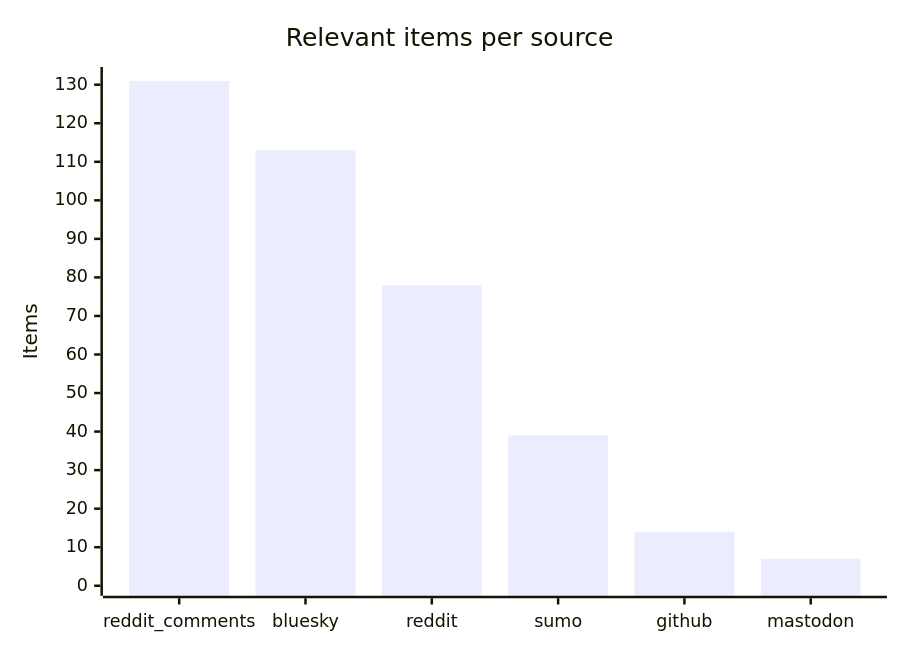
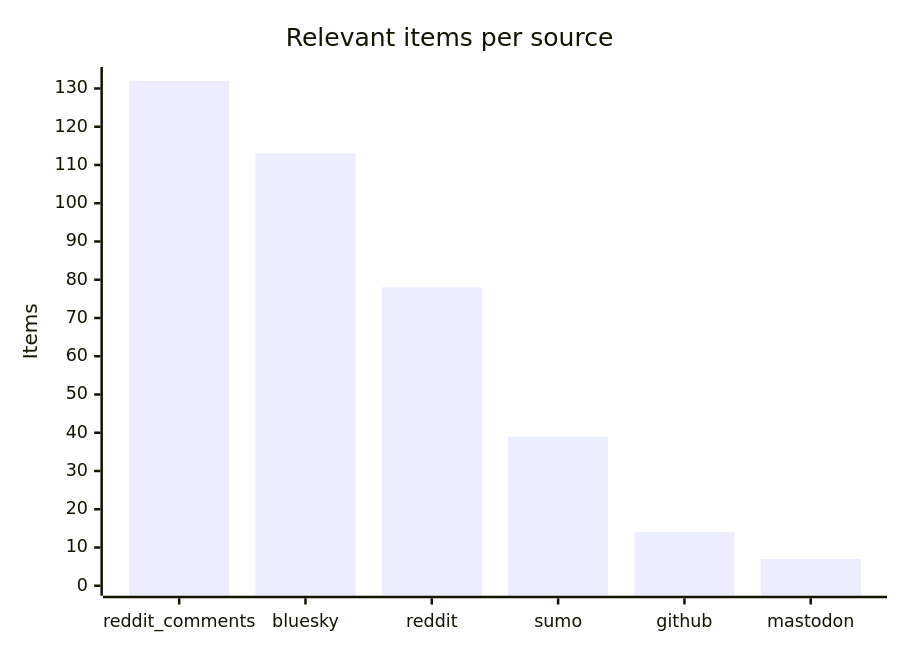
One commit to martinbalfanz/social-scanner-reports changed the third of 4 diagrams in README.md. Above: the diagram before and after it, drawn with Mermaid. The commit also changed other lines of this file and 4 other files, not shown here.

````diff
--- a/README.md
+++ b/README.md
@@ -48,7 +48,7 @@
 ```mermaid
 xychart-beta
     title "Relevant items per source"
     x-axis ["reddit_comments", "bluesky", "reddit", "sumo", "github", "mastodon"]
-    y-axis "Items" 0 --> 132
-    bar [131, 113, 78, 39, 14, 7]
+    y-axis "Items" 0 --> 133
+    bar [132, 113, 78, 39, 14, 7]
 ```
````
